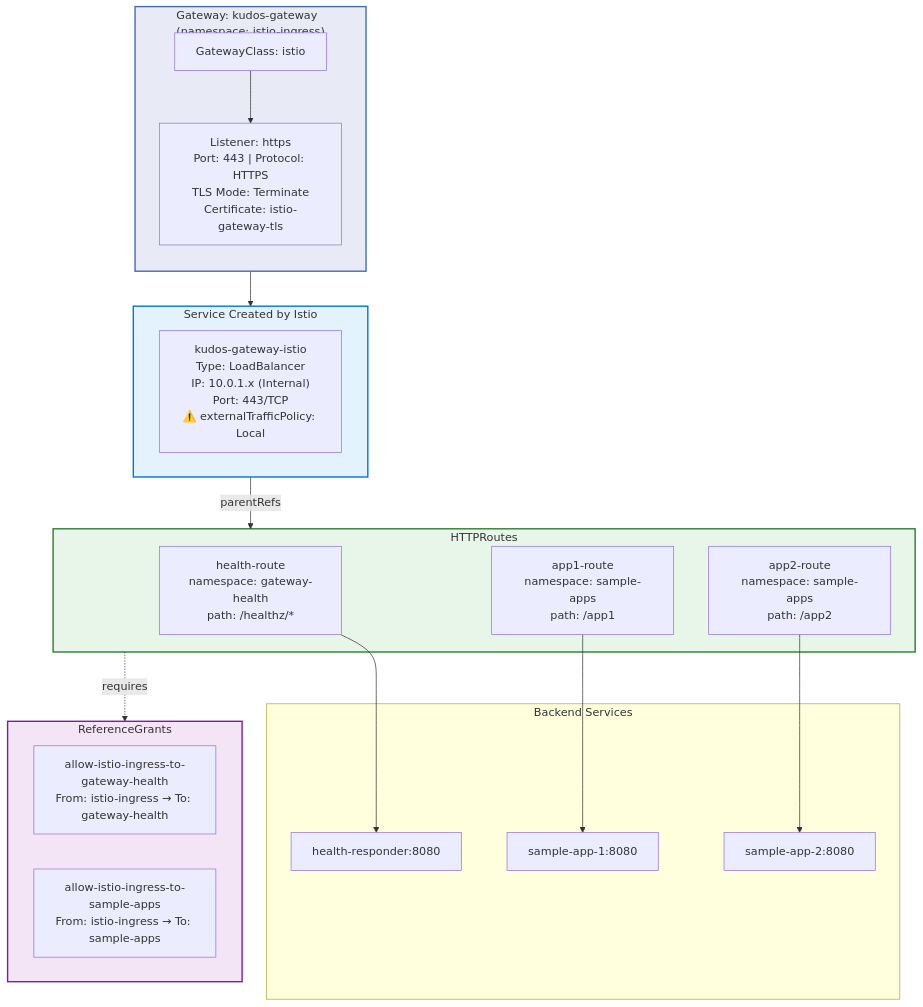
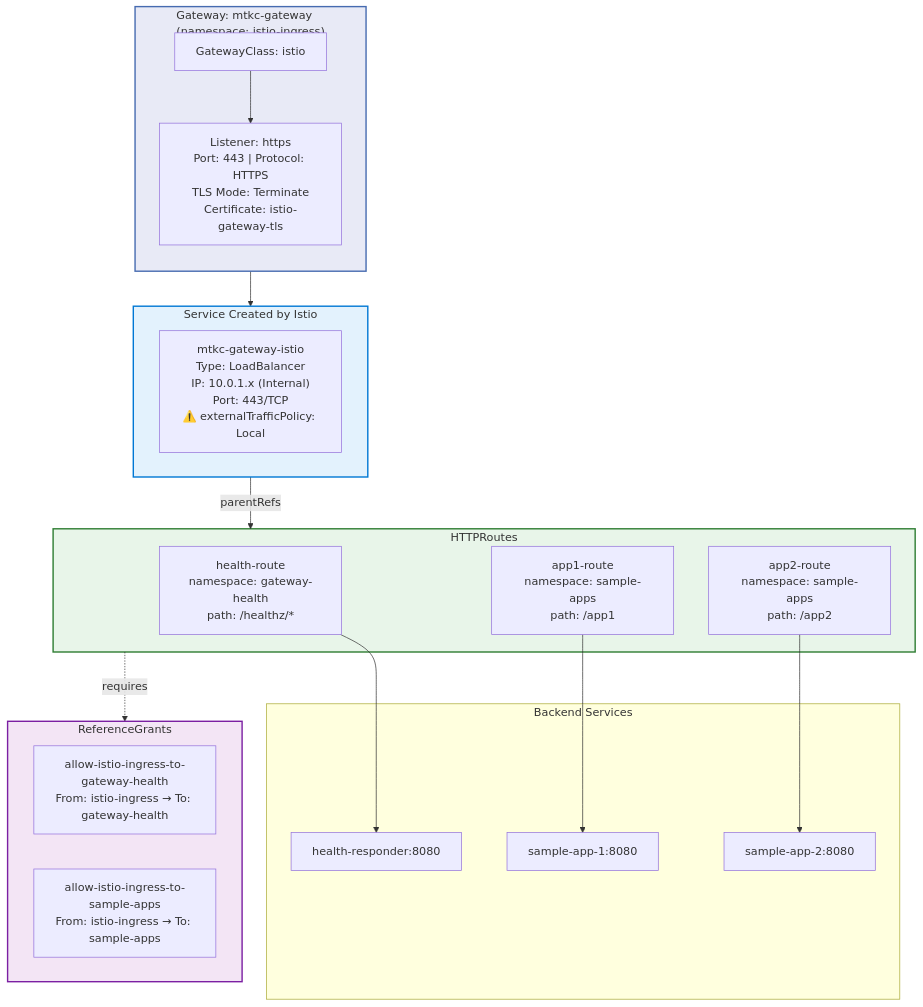
Before and after one commit to shanaka-versent/shanaka-aks-poc: the third of 7 diagrams in README.md, drawn with Mermaid. The commit also changed other lines of this file and 25 other files, not shown here.

````diff
--- a/README.md
+++ b/README.md
@@ -133,47 +133,47 @@
 ```mermaid
 flowchart TB
-    subgraph GW["Gateway: kudos-gateway<br/>(namespace: istio-ingress)"]
+    subgraph GW["Gateway: mtkc-gateway<br/>(namespace: istio-ingress)"]
         direction TB
         GWClass["GatewayClass: istio"]
         Listener["Listener: https<br/>Port: 443 | Protocol: HTTPS<br/>TLS Mode: Terminate<br/>Certificate: istio-gateway-tls"]
     end
 
     subgraph SVC["Service Created by Istio"]
-        Service["kudos-gateway-istio<br/>Type: LoadBalancer<br/>IP: 10.0.1.x (Internal)<br/>Port: 443/TCP<br/>⚠️ externalTrafficPolicy: Local"]
+        Service["mtkc-gateway-istio<br/>Type: LoadBalancer<br/>IP: 10.0.1.x (Internal)<br/>Port: 443/TCP<br/>⚠️ externalTrafficPolicy: Local"]
     end
 
     subgraph Routes["HTTPRoutes"]
         HR1["health-route<br/>namespace: gateway-health<br/>path: /healthz/*"]
         HR2["app1-route<br/>namespace: sample-apps<br/>path: /app1"]
         HR3["app2-route<br/>namespace: sample-apps<br/>path: /app2"]
     end
 
     subgraph Backends["Backend Services"]
         BE1["health-responder:8080"]
         BE2["sample-app-1:8080"]
         BE3["sample-app-2:8080"]
     end
 
     subgraph Grants["ReferenceGrants"]
         RG1["allow-istio-ingress-to-gateway-health<br/>From: istio-ingress → To: gateway-health"]
         RG2["allow-istio-ingress-to-sample-apps<br/>From: istio-ingress → To: sample-apps"]
     end
 
     GWClass --> Listener
     Listener --> SVC
     SVC -->|"parentRefs"| Routes
     HR1 --> BE1
     HR2 --> BE2
     HR3 --> BE3
     Routes -.->|"requires"| Grants
 
     classDef gateway fill:#e8eaf6,stroke:#466bb0,stroke-width:2px,color:#333
     classDef service fill:#e3f2fd,stroke:#0078d4,stroke-width:2px,color:#333
     classDef routes fill:#e8f5e9,stroke:#2e7d32,stroke-width:2px,color:#333
     classDef grants fill:#f3e5f5,stroke:#7b1fa2,stroke-width:2px,color:#333
 
     class GW gateway
     class SVC service
     class Routes routes
     class Grants grants
 ```
````
